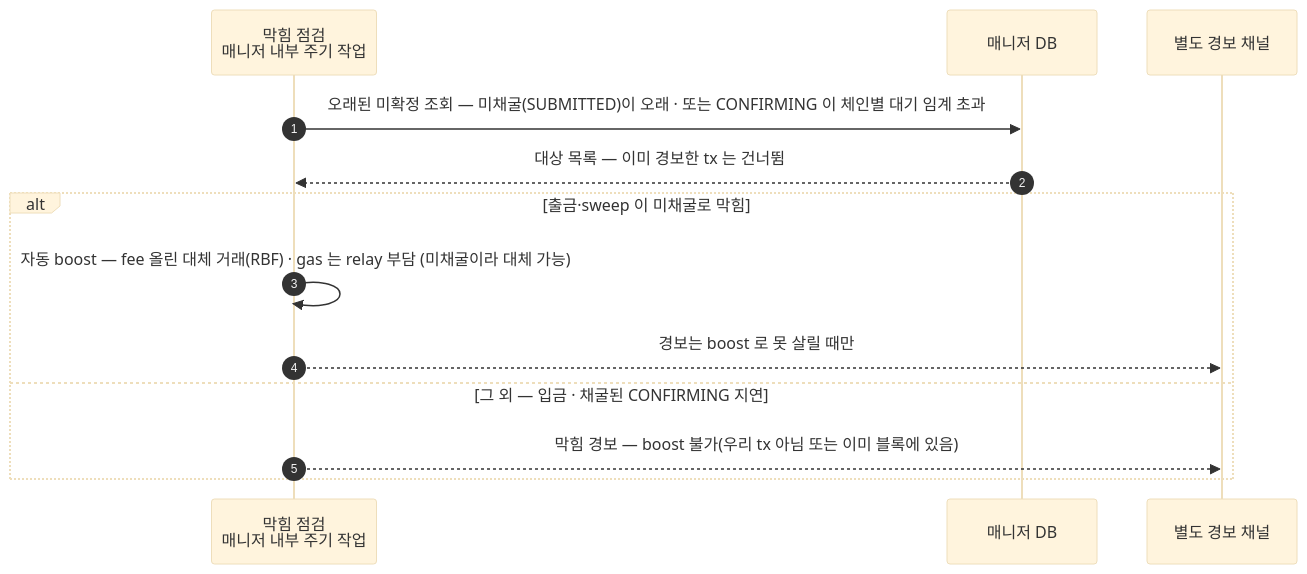
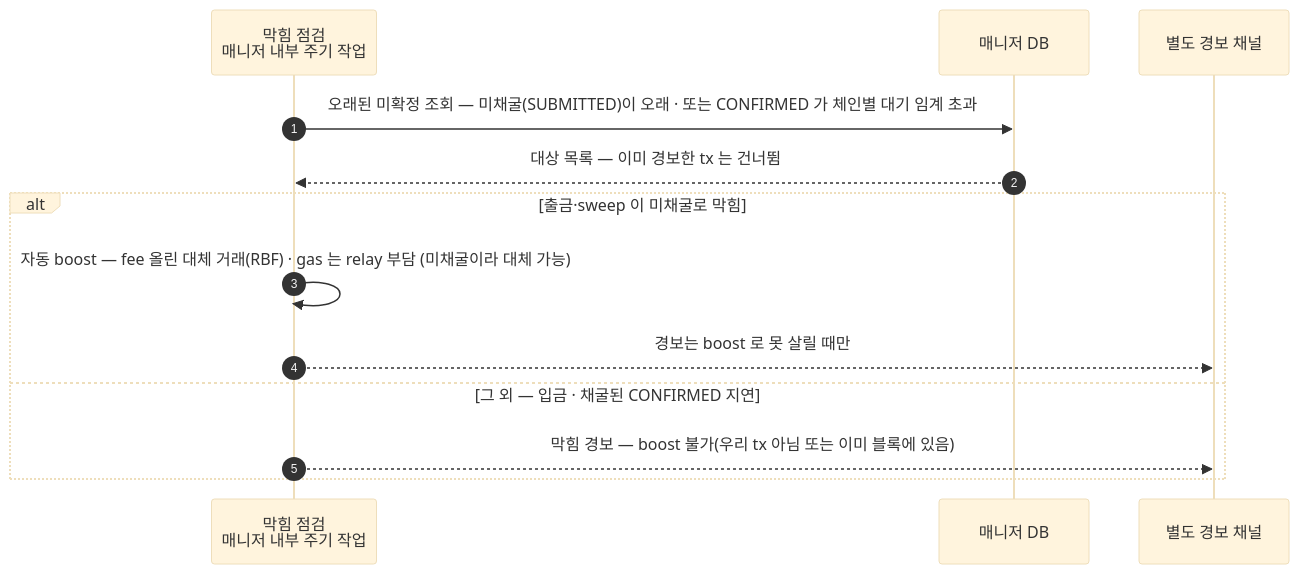
The sixth of 6 diagrams in blockchain-manager/docs/BC/설계/02-bcm-flow.md (eunsujeo/eunpus), drawn with Mermaid (base theme) before and after one commit. The commit also changed other lines of this file and 17 other files, not shown here.

First line of the commit message:
TxStatus 계약 어휘 개명 — CONFIRMING→CONFIRMED, COMPLETED→FINALIZED

````diff
--- a/blockchain-manager/docs/BC/설계/02-bcm-flow.md
+++ b/blockchain-manager/docs/BC/설계/02-bcm-flow.md
@@ -298,16 +301,16 @@
 ```mermaid
 sequenceDiagram
     autonumber
     participant SW as 막힘 점검<br/>매니저 내부 주기 작업
     participant MDB as 매니저 DB
     participant AL as 별도 경보 채널
 
-    SW->>MDB: 오래된 미확정 조회 — 미채굴(SUBMITTED)이 오래 · 또는 CONFIRMING 이 체인별 대기 임계 초과
+    SW->>MDB: 오래된 미확정 조회 — 미채굴(SUBMITTED)이 오래 · 또는 CONFIRMED 가 체인별 대기 임계 초과
     MDB-->>SW: 대상 목록 — 이미 경보한 tx 는 건너뜀
     alt 출금·sweep 이 미채굴로 막힘
         SW->>SW: 자동 boost — fee 올린 대체 거래(RBF) · gas 는 relay 부담 (미채굴이라 대체 가능)
         SW-->>AL: 경보는 boost 로 못 살릴 때만
-    else 그 외 — 입금 · 채굴된 CONFIRMING 지연
+    else 그 외 — 입금 · 채굴된 CONFIRMED 지연
         SW-->>AL: 막힘 경보 — boost 불가(우리 tx 아님 또는 이미 블록에 있음)
     end
 ```
````
